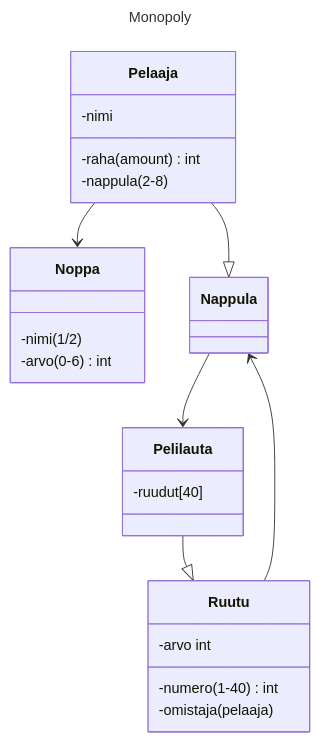
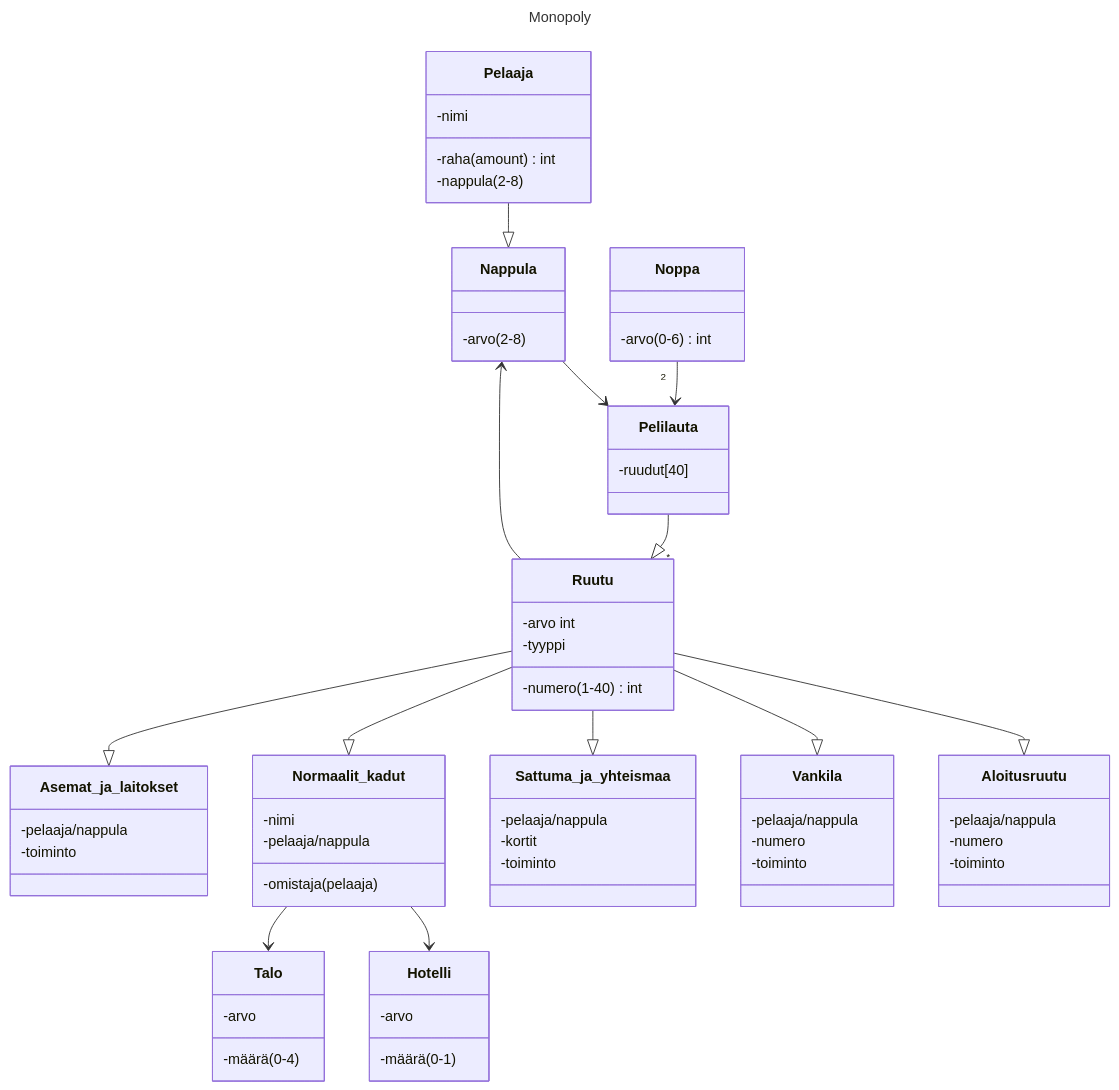
One commit to kxelina/ot-harjoitustyo changed the diagram in laskarit/viikko3/monopoly.md. Above: the diagram before and after it, drawn with Mermaid.

````diff
--- a/laskarit/viikko3/monopoly.md
+++ b/laskarit/viikko3/monopoly.md
@@ -1,29 +1,69 @@
 ```mermaid
 ---
 title: Monopoly
 ---
 classDiagram
     class Pelaaja{
     -nimi
     -raha (amount) int
     -nappula (2-8)
     }
+    class Nappula{
+    -arvo (2-8)
+    }
     class Noppa{
-    -nimi (1/2)
     -arvo (0-6) int
     }
     class Pelilauta{
     -ruudut[40]
     }
     class Ruutu{
     -numero (1-40) int
+    -arvo int
+    -tyyppi
+    } 
+    class Aloitusruutu{
+    -pelaaja/nappula
+    -numero
+    -toiminto
+    }
+    class Vankila{
+    -pelaaja/nappula
+    -numero
+    -toiminto
+    }
+    class Sattuma_ja_yhteismaa{
+    -pelaaja/nappula
+    -kortit
+    -toiminto
+    }
+    class Asemat_ja_laitokset{
+    -pelaaja/nappula
+    -toiminto
+    }
+    class Normaalit_kadut{
+    -nimi
     -omistaja (pelaaja)
-    -arvo int
-    } 
+    -pelaaja/nappula
+    }
+    class Hotelli{
+    -arvo
+    -määrä(0-1)
+    }
+    class Talo{
+    -arvo
+    -määrä(0-4)
+    }
 Pelaaja --|> Nappula 
 Nappula --> Pelilauta
-Pelilauta --|> Ruutu
+Pelilauta --|> "*" Ruutu
 Ruutu --> Nappula
-Pelaaja --> Noppa
-
+Noppa "2" --> Pelilauta
+Ruutu --|> Aloitusruutu
+Ruutu --|> Vankila
+Ruutu --|> Sattuma_ja_yhteismaa
+Ruutu --|> Normaalit_kadut
+Ruutu --|> Asemat_ja_laitokset
+Normaalit_kadut --> Hotelli
+Normaalit_kadut --> Talo
 ```
````
